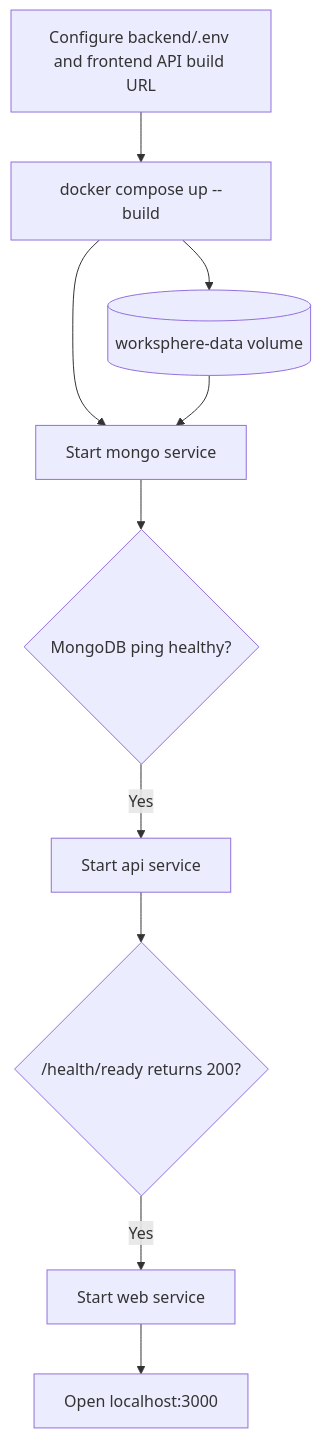
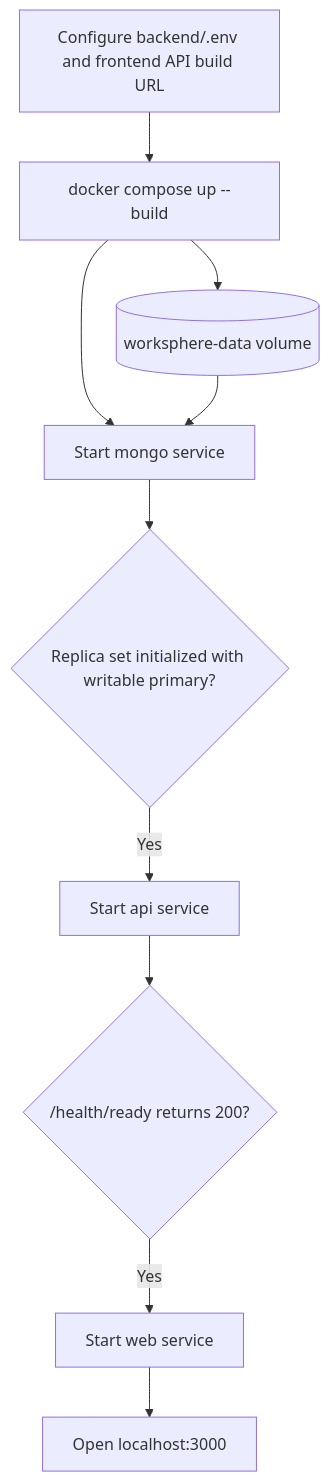
Diagram 30 of 52 in README.md (herve192-hub/WorkSphere), drawn with Mermaid before and after one commit. The commit also changed other lines of this file and 51 other files, not shown here.

````diff
--- a/README.md
+++ b/README.md
@@ -1357,12 +1472,12 @@
 ```mermaid
 flowchart TD
     Configure["Configure backend/.env and frontend API build URL"] --> Compose["docker compose up --build"]
     Compose --> Mongo["Start mongo service"]
-    Mongo --> Ping{"MongoDB ping healthy?"}
+    Mongo --> Ping{"Replica set initialized with writable primary?"}
     Ping -->|Yes| API["Start api service"]
     API --> Ready{"/health/ready returns 200?"}
     Ready -->|Yes| Web["Start web service"]
     Web --> Browser["Open localhost:3000"]
     Compose --> Volume[("worksphere-data volume")]
     Volume --> Mongo
 ```
````
